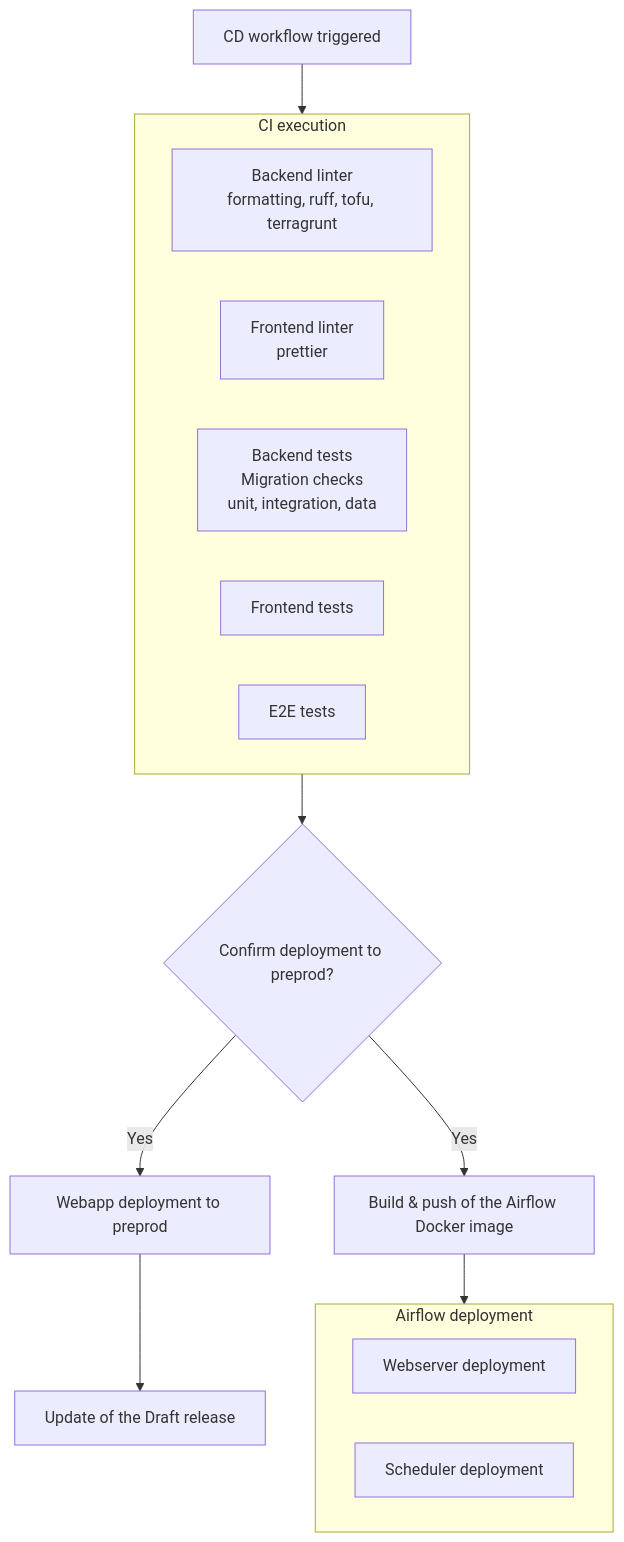
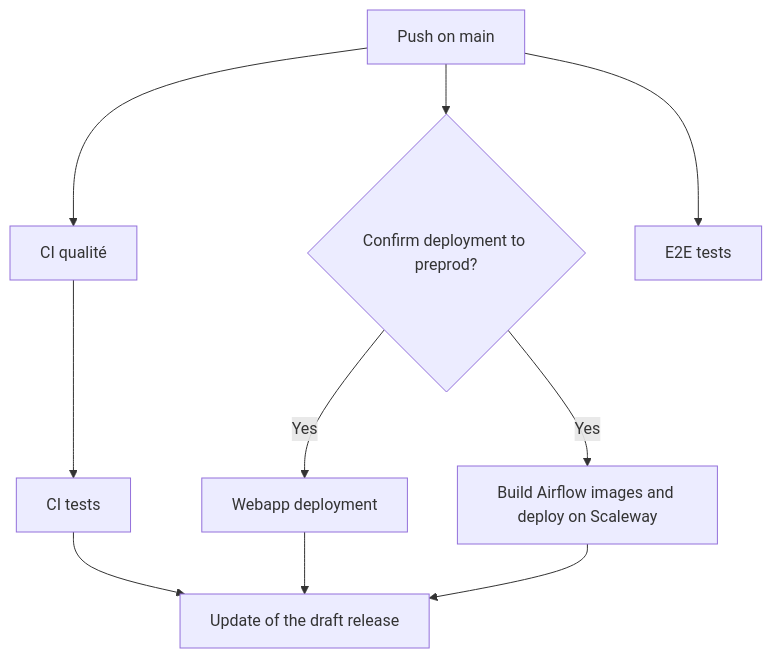
Before and after one commit to incubateur-ademe/quefairedemesobjets: the second of 3 diagrams in docs/reference/infrastructure/ci-cd.md, drawn with Mermaid. The commit also changed other lines of this file and 9 other files, not shown here.

First line of the commit message:
ci: split quality and tests, deploy without waiting for CI

````diff
--- a/docs/reference/infrastructure/ci-cd.md
+++ b/docs/reference/infrastructure/ci-cd.md
@@ -74,23 +61,12 @@
 ```mermaid
 graph TD
-    B[CD workflow triggered] --> C
-
-    subgraph C["CI execution"]
-        C1[Backend linter<br/>formatting, ruff, tofu, terragrunt]
-        C2[Frontend linter<br/>prettier]
-        C3["Backend tests<br/>Migration checks<br/>unit, integration, data"]
-        C4[Frontend tests]
-        C5[E2E tests]
-    end
-
-    subgraph E[Airflow deployment]
-        E1[Webserver deployment]
-        E2[Scheduler deployment]
-    end
-
-    C --> D{Confirm deployment to preprod?}
-    D -->|Yes| F[Webapp deployment to preprod]
-    D -->|Yes| G[Build & push of the Airflow Docker image]
-    G --> E[Deployment of Airflow on Scaleway]
-    F --> H[Update of the Draft release]
+    A[Push on main] --> C[CI qualité]
+    C --> D[CI tests]
+    A --> W{Confirm deployment to preprod?}
+    W -->|Yes| F[Webapp deployment]
+    W -->|Yes| G[Build Airflow images and deploy on Scaleway]
+    A --> E[E2E tests]
+    D --> H[Update of the draft release]
+    F --> H
+    G --> H
 ```
````
